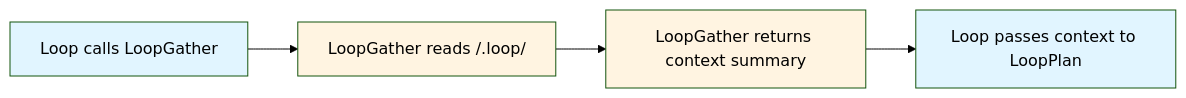
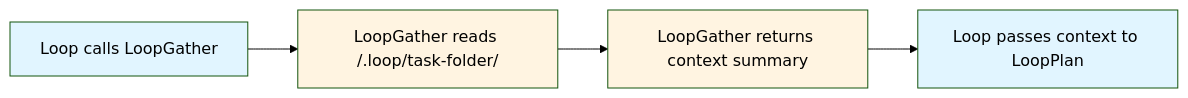
Before and after one commit to digitarald/loop-agent: the fourth of 4 diagrams in README.md, drawn with Mermaid (forest theme). The commit also changed other lines of this file and 10 other files, not shown here.

Commit message:
docs: fix OSCILLATING→FLIP-FLOPPING, expand BLOCKED/NEEDS_CLARIFICATION flows, add LoopReview anti-pattern writes

````diff
--- a/README.md
+++ b/README.md
@@ -226,11 +248,11 @@
 ```mermaid
 flowchart LR
-    A[Loop calls LoopGather] --> B[LoopGather reads /.loop/]
+    A[Loop calls LoopGather] --> B["LoopGather reads /.loop/task-folder/"]
     B --> C[LoopGather returns context summary]
     C --> D[Loop passes context to LoopPlan]
     
     style A fill:#e1f5ff
     style B fill:#fff4e1
     style C fill:#fff4e1
     style D fill:#e1f5ff
 ```
````
